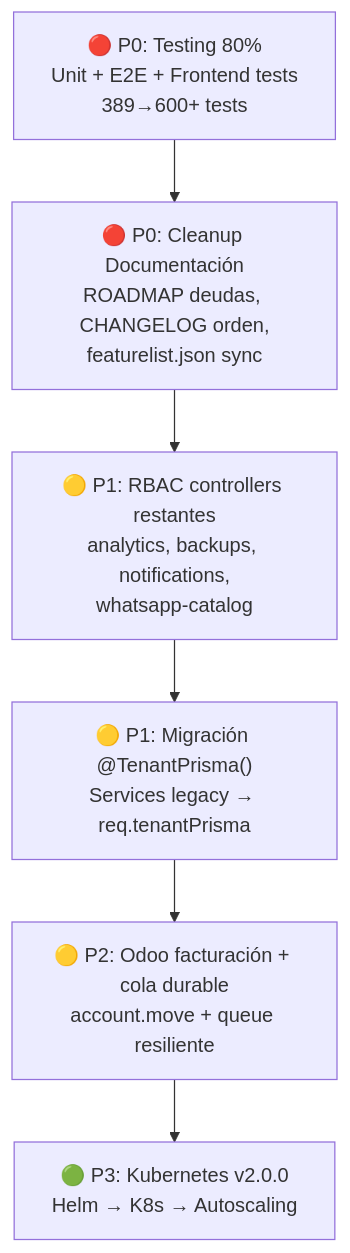
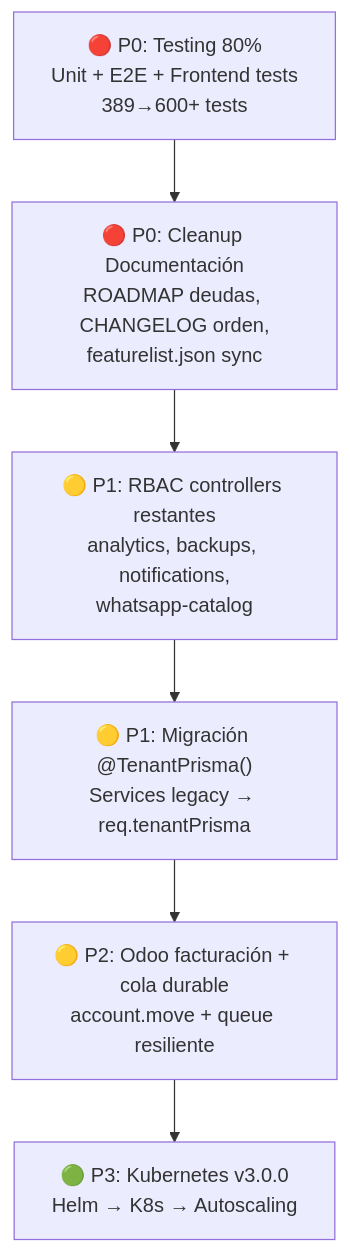
Before and after one commit to marcelompz/wiki: the second of 2 diagrams in orderflow/docs/guides/estado_del_arte_analisis.md, drawn with Mermaid. The commit also changed other lines of this file and 187 other files, not shown here.

````diff
--- a/orderflow/docs/guides/estado_del_arte_analisis.md
+++ b/orderflow/docs/guides/estado_del_arte_analisis.md
@@ -219,8 +219,8 @@
 ```mermaid
 graph TD
     A["🔴 P0: Testing 80%<br/>Unit + E2E + Frontend tests<br/>389→600+ tests"] --> B["🔴 P0: Cleanup Documentación<br/>ROADMAP deudas, CHANGELOG orden,<br/>featurelist.json sync"]
     B --> C["🟡 P1: RBAC controllers restantes<br/>analytics, backups, notifications,<br/>whatsapp-catalog"]
     C --> D["🟡 P1: Migración @TenantPrisma()<br/>Services legacy → req.tenantPrisma"]
     D --> E["🟡 P2: Odoo facturación + cola durable<br/>account.move + queue resiliente"]
-    E --> F["🟢 P3: Kubernetes v2.0.0<br/>Helm → K8s → Autoscaling"]
+    E --> F["🟢 P3: Kubernetes v3.0.0<br/>Helm → K8s → Autoscaling"]
 ```
````
